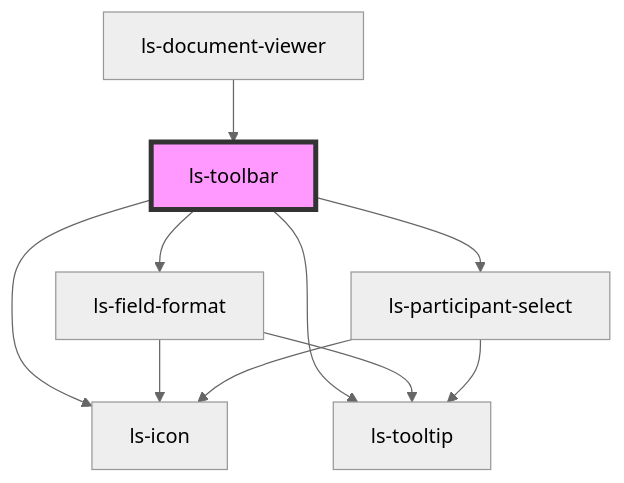
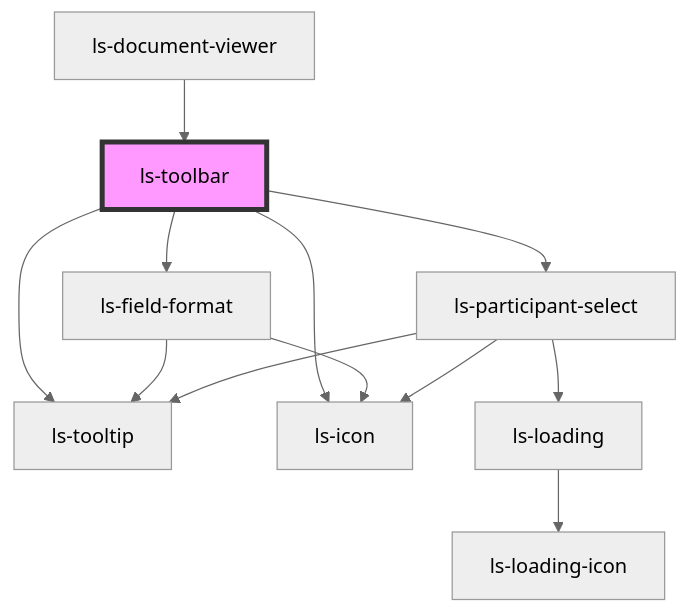
One commit to legalesign/ls-document-viewer changed the diagram in src/components/ls-toolbar/readme.md. Above: the diagram before and after it, drawn with Mermaid (neutral theme). The commit also changed 17 other files, not shown here.

````diff
--- a/src/components/ls-toolbar/readme.md
+++ b/src/components/ls-toolbar/readme.md
@@ -44,13 +44,15 @@
 ```mermaid
 graph TD;
   ls-toolbar --> ls-field-format
   ls-toolbar --> ls-participant-select
   ls-toolbar --> ls-tooltip
   ls-toolbar --> ls-icon
   ls-field-format --> ls-icon
   ls-field-format --> ls-tooltip
   ls-participant-select --> ls-icon
+  ls-participant-select --> ls-loading
   ls-participant-select --> ls-tooltip
+  ls-loading --> ls-loading-icon
   ls-document-viewer --> ls-toolbar
   style ls-toolbar fill:#f9f,stroke:#333,stroke-width:4px
 ```
````
